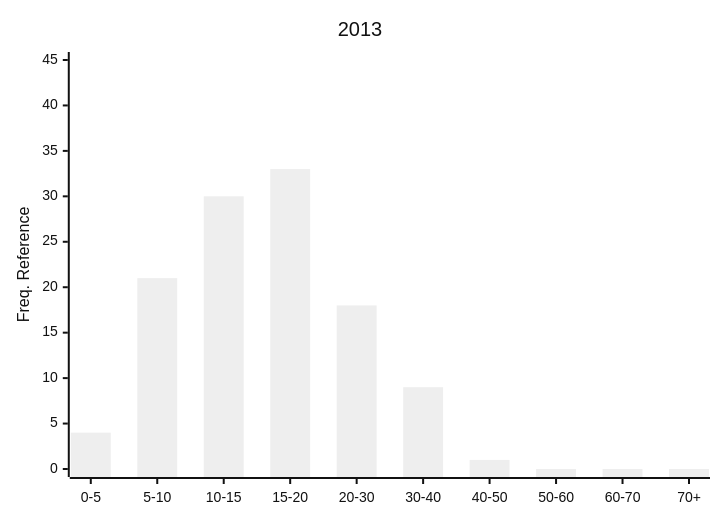
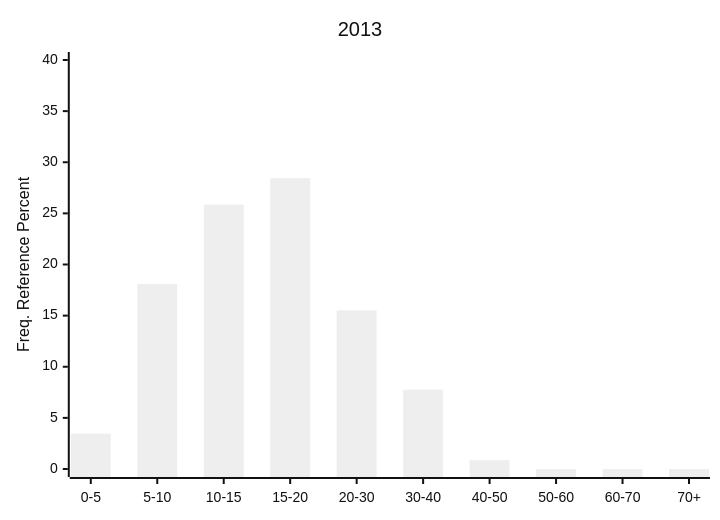
One commit to Nemus-Project/fair-nime-2026 changed diagram 16 of 28 in README.md. Above: the diagram before and after it, drawn with Mermaid (neutral theme). The commit also changed other lines of this file, not shown here.

````diff
--- a/README.md
+++ b/README.md
@@ -586,7 +587,7 @@
 ```mermaid
 xychart-beta
     title "2013"
     x-axis ["0-5", "5-10", "10-15", "15-20", "20-30", "30-40", "40-50", "50-60", "60-70", "70+"]
-    y-axis "Freq. Reference" 0 --> 45
-    bar [4, 21, 30, 33, 18, 9, 1, 0, 0, 0]
+    y-axis "Freq. Reference Percent" 0 --> 40
+    bar [3.4482758620689653, 18.103448275862068, 25.862068965517242, 28.448275862068968, 15.517241379310345, 7.758620689655173, 0.8620689655172413, 0.0, 0.0, 0.0]
 ```    
````
